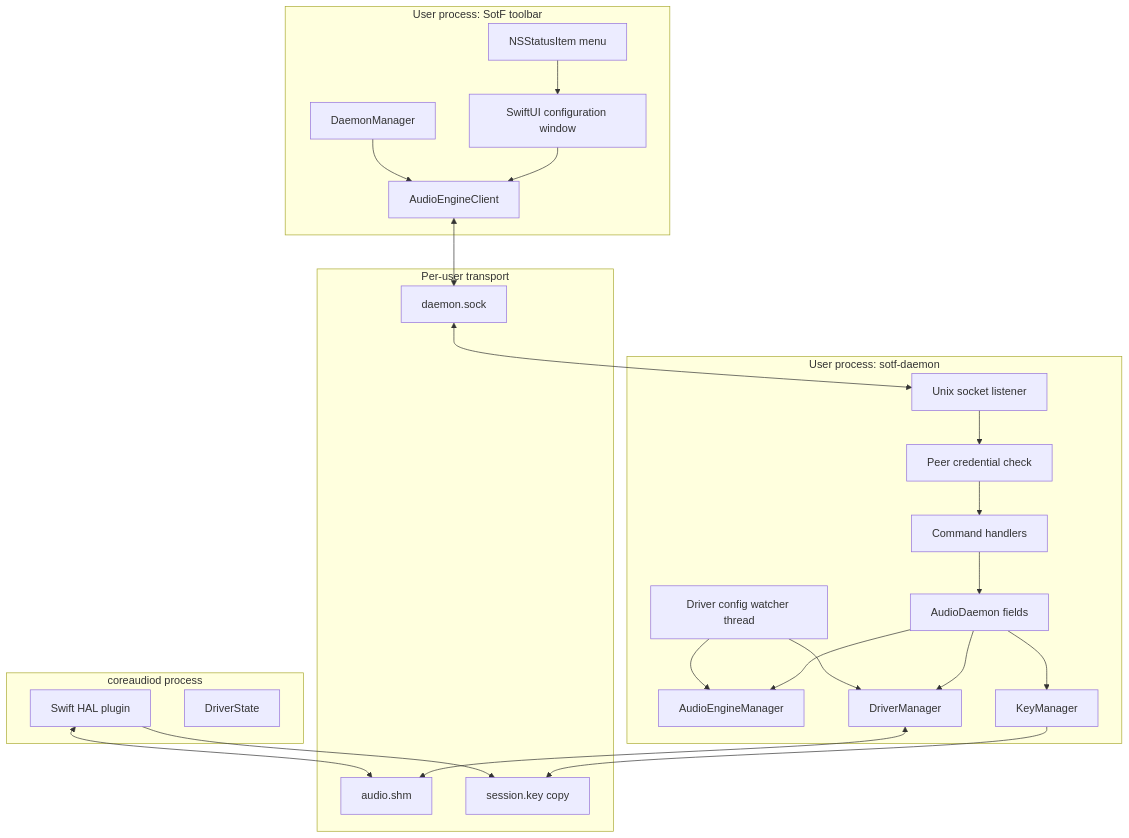
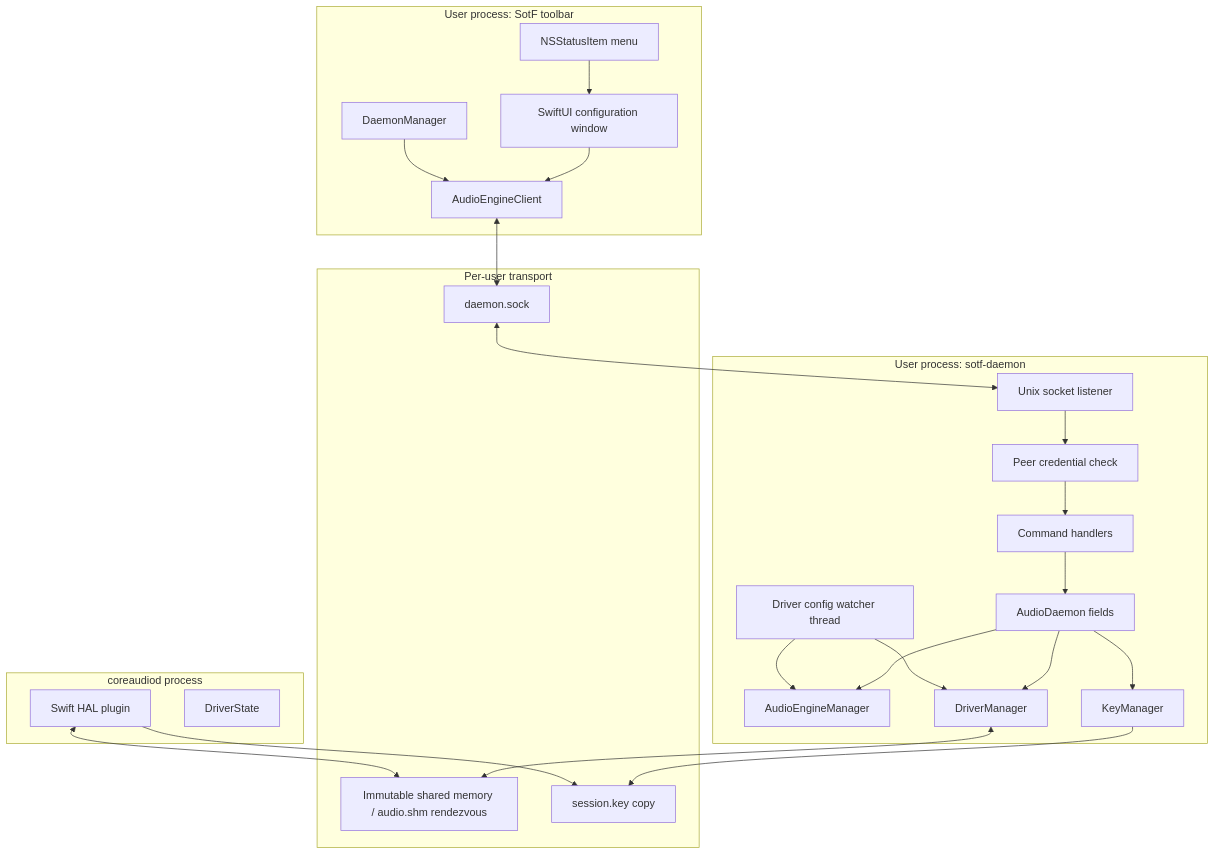
The third of 13 diagrams in ARCHITECTURE.md (pierreaubert/sotf-systemwide), drawn with Mermaid before and after one commit. The commit also changed other lines of this file and 55 other files, not shown here.

````diff
--- a/ARCHITECTURE.md
+++ b/ARCHITECTURE.md
@@ -406,47 +458,47 @@
 ```mermaid
 flowchart TB
     subgraph UserProcess["User process: SotF toolbar"]
         menu[NSStatusItem menu]
         config[SwiftUI configuration window]
         client[AudioEngineClient]
         lifecycle[DaemonManager]
         menu --> config
         config --> client
         lifecycle --> client
     end
 
     subgraph DaemonProcess["User process: sotf-daemon"]
         socket[Unix socket listener]
         auth[Peer credential check]
         commands[Command handlers]
         daemonState[AudioDaemon fields]
         engine[AudioEngineManager]
         driverMgr[DriverManager]
         keyMgr[KeyManager]
         watcher[Driver config watcher thread]
         socket --> auth --> commands --> daemonState
         daemonState --> engine
         daemonState --> driverMgr
         daemonState --> keyMgr
         watcher --> driverMgr
         watcher --> engine
     end
 
     subgraph CoreAudioProcess["coreaudiod process"]
         hal[Swift HAL plugin]
         halState[DriverState]
     end
 
     subgraph SharedTransport["Per-user transport"]
         uds[daemon.sock]
-        shm[audio.shm]
+        shm[Immutable shared memory / audio.shm rendezvous]
         sessionKey[session.key copy]
     end
 
     client <--> uds
     uds <--> socket
     driverMgr <--> shm
     keyMgr --> sessionKey
     hal <--> shm
     hal --> sessionKey
 ```
````
